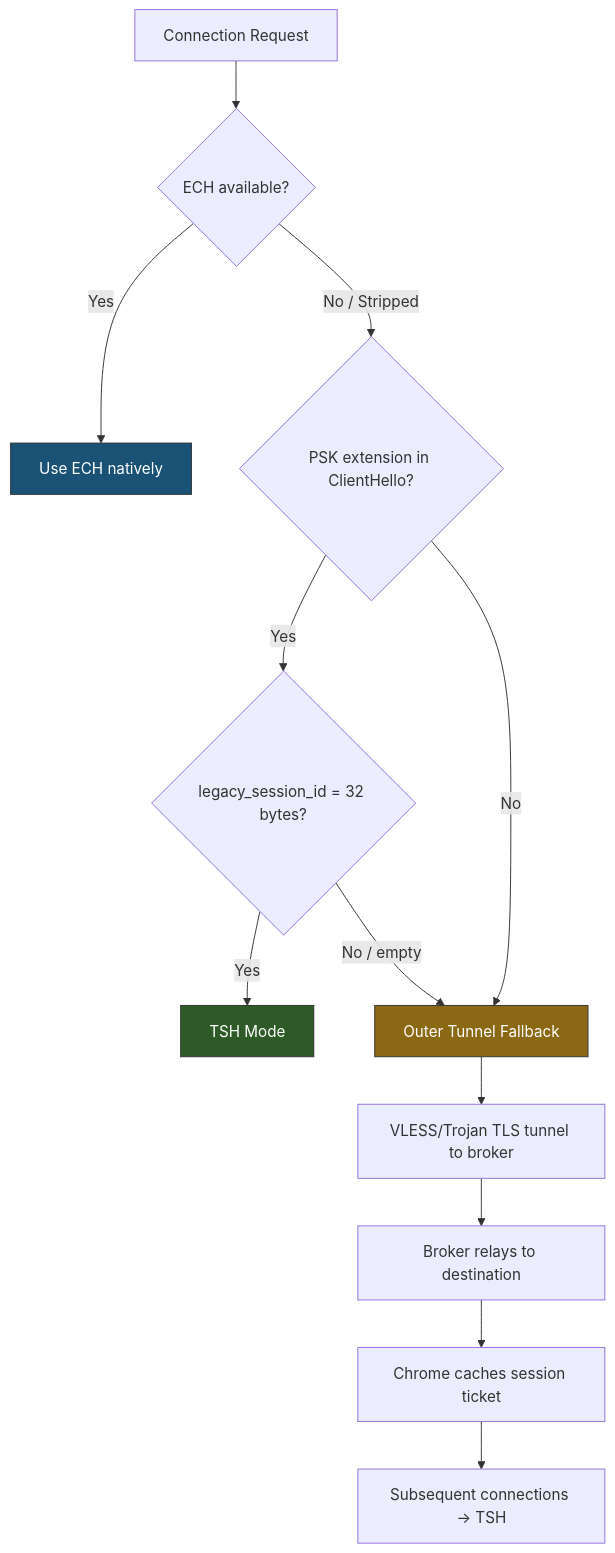
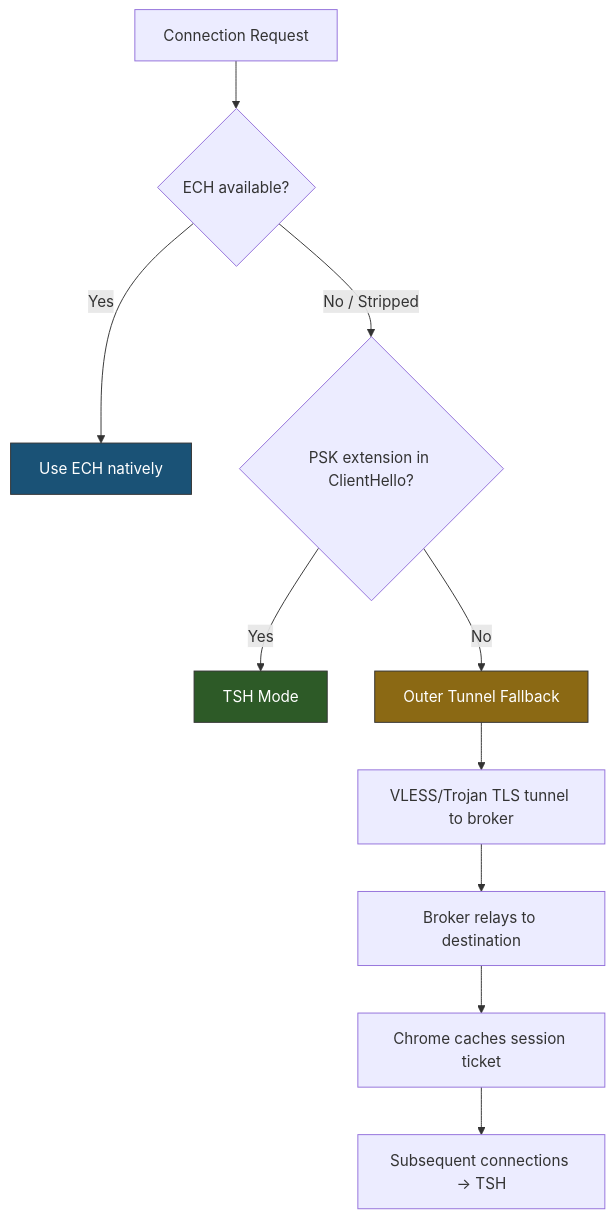
Before and after one commit to Wenri/TSH: the diagram in docs/implementation_plan.md, drawn with Mermaid. The commit also changed other lines of this file and 1 other file, not shown here.

First line of the commit message:
v4: Direct Ticket Injection architecture

````diff
--- a/docs/implementation_plan.md
+++ b/docs/implementation_plan.md
@@ -23,18 +29,16 @@
 ```mermaid
 flowchart TD
     A[Connection Request] --> B{ECH available?}
     B -->|Yes| C[Use ECH natively]
     B -->|No / Stripped| D{PSK extension in ClientHello?}
-    D -->|Yes| E{legacy_session_id = 32 bytes?}
-    E -->|Yes| F["TSH Mode"]
-    E -->|No / empty| G["Outer Tunnel Fallback"]
-    D -->|No| G
+    D -->|Yes| F["TSH Mode"]
+    D -->|No| G["Outer Tunnel Fallback"]
     G --> H[VLESS/Trojan TLS tunnel to broker]
     H --> I[Broker relays to destination]
     I --> J[Chrome caches session ticket]
     J --> K[Subsequent connections → TSH]
 
     style F fill:#2d5a27,stroke:#333,color:#fff
     style G fill:#8b6914,stroke:#333,color:#fff
     style C fill:#1a5276,stroke:#333,color:#fff
 ```
````
